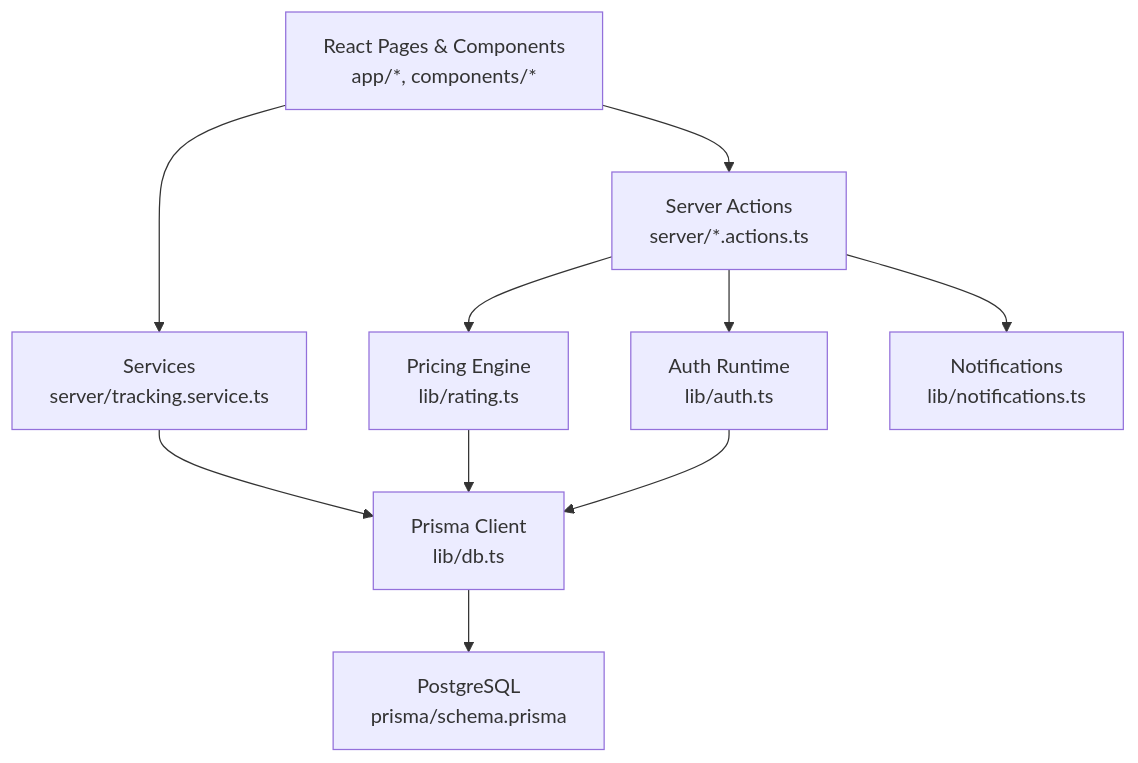
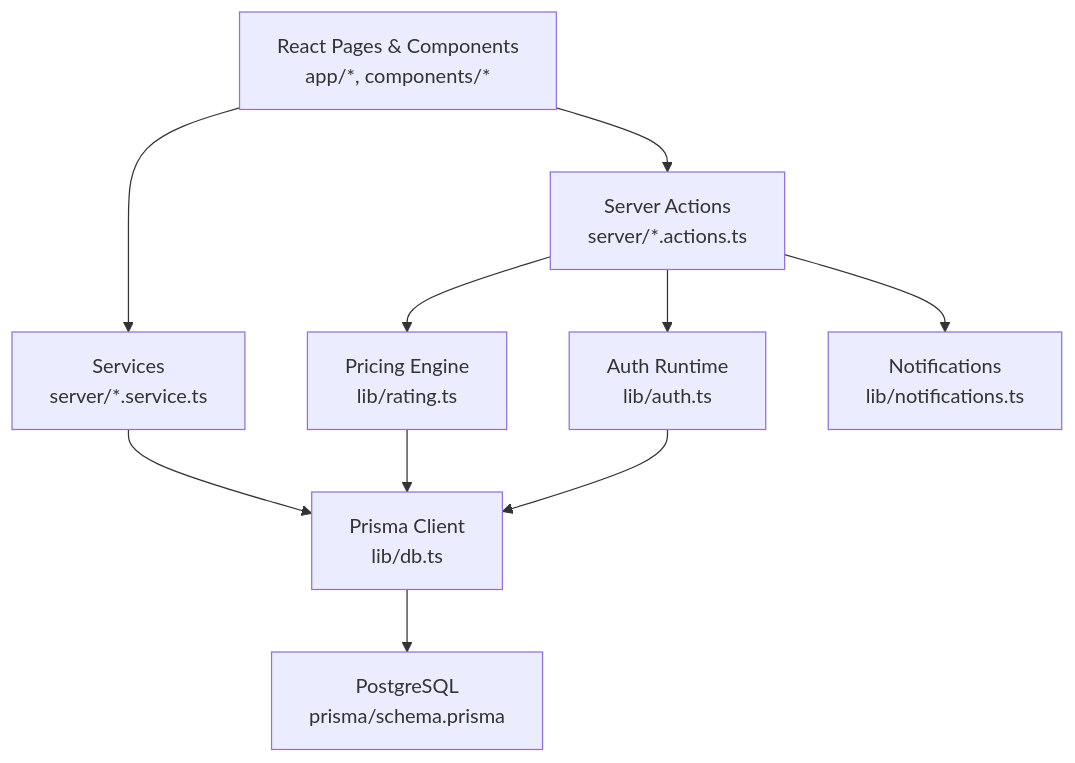
Before and after one commit to gyamposudodzi/Timberland: the second of 9 diagrams in .qoder/repowiki/en/content/Architecture Overview.md, drawn with Mermaid. The commit also changed other lines of this file and 87 other files, not shown here.

````diff
--- a/.qoder/repowiki/en/content/Architecture Overview.md
+++ b/.qoder/repowiki/en/content/Architecture Overview.md
@@ -145,20 +162,20 @@
 ```mermaid
 graph TB
 UI["React Pages & Components<br/>app/*, components/*"]
 SA["Server Actions<br/>server/*.actions.ts"]
-SVC["Services<br/>server/tracking.service.ts"]
+SVC["Services<br/>server/*.service.ts"]
 AUTH["Auth Runtime<br/>lib/auth.ts"]
 RATING["Pricing Engine<br/>lib/rating.ts"]
 NOTIF["Notifications<br/>lib/notifications.ts"]
 DB["Prisma Client<br/>lib/db.ts"]
 PG["PostgreSQL<br/>prisma/schema.prisma"]
 UI --> SA
 UI --> SVC
 SA --> AUTH
 SA --> RATING
 SA --> NOTIF
 SVC --> DB
 RATING --> DB
 AUTH --> DB
 DB --> PG
 ```
````
